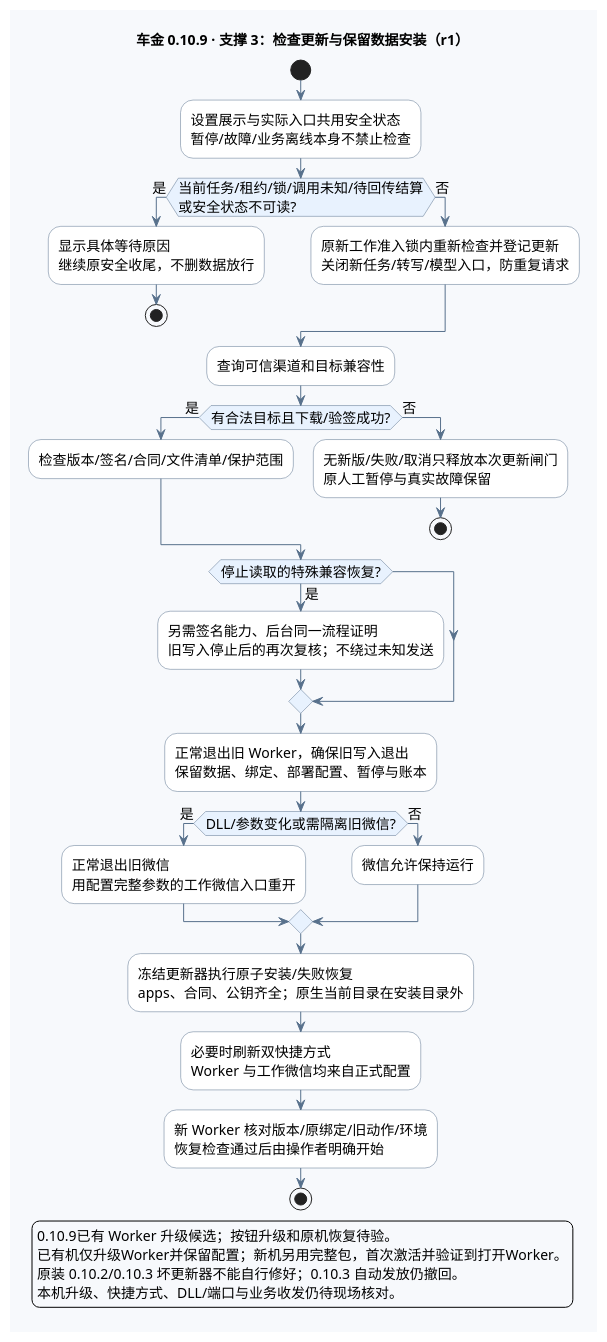
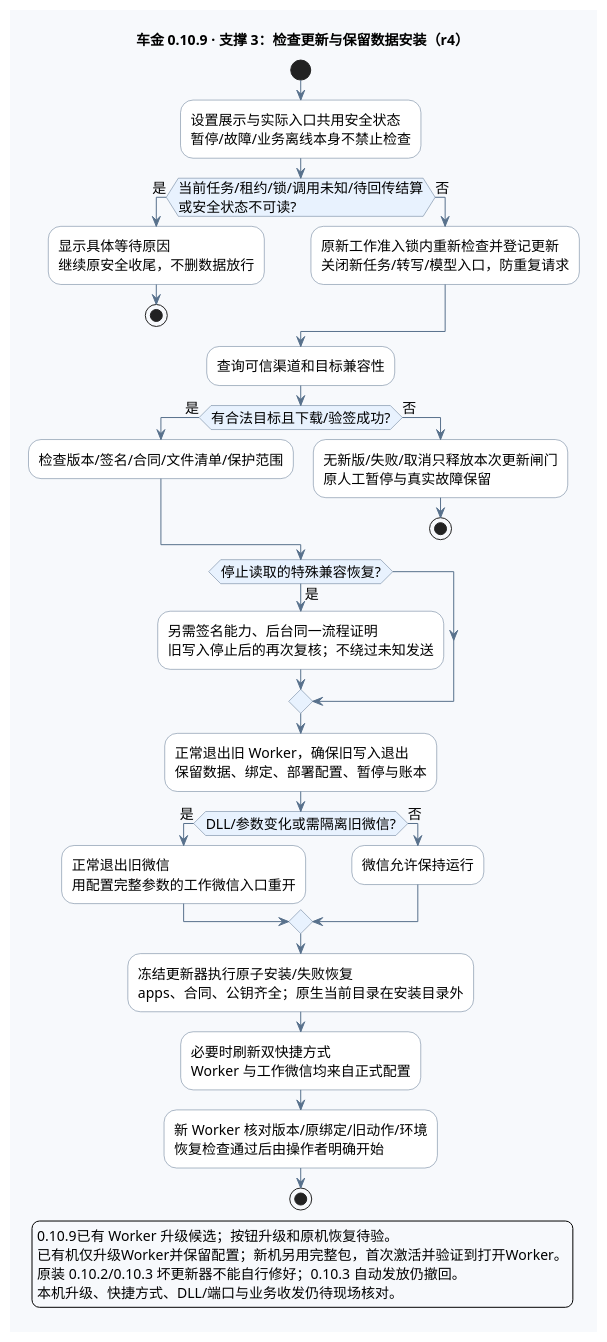
Before and after one commit to edwardzhang0304/chejin-ai-sales: the fourth of 6 diagrams in deliverables/AI智能客服售前跟进系统_全流程图_v0.10.9.puml, drawn with PlantUML. The commit also changed other lines of this file and 13 other files, not shown here.

```diff
--- a/deliverables/AI智能客服售前跟进系统_全流程图_v0.10.9.puml
+++ b/deliverables/AI智能客服售前跟进系统_全流程图_v0.10.9.puml
@@ -290,60 +294,60 @@
 @startuml update
 !pragma layout smetana
 skinparam defaultFontName "PingFang SC"
 skinparam defaultFontSize 14
 skinparam backgroundColor #F7F9FC
 skinparam shadowing false
 skinparam activityBackgroundColor #FFFFFF
 skinparam activityBorderColor #58718C
 skinparam activityDiamondBackgroundColor #E8F2FE
 skinparam activityDiamondBorderColor #58718C
 skinparam ArrowColor #58718C
 skinparam noteBackgroundColor #FFF4D9
 skinparam noteBorderColor #CDA556
-title 车金 0.10.9 · 支撑 3：检查更新与保留数据安装（r1）
+title 车金 0.10.9 · 支撑 3：检查更新与保留数据安装（r4）
 start
 :设置展示与实际入口共用安全状态
 暂停/故障/业务离线本身不禁止检查;
 if (当前任务/租约/锁/调用未知/待回传结算
 或安全状态不可读?) then (是)
   :显示具体等待原因
 继续原安全收尾，不删数据放行;
   stop
 else (否)
   :原新工作准入锁内重新检查并登记更新
 关闭新任务/转写/模型入口，防重复请求;
 endif
 :查询可信渠道和目标兼容性;
 if (有合法目标且下载/验签成功?) then (是)
   :检查版本/签名/合同/文件清单/保护范围;
 else (否)
   :无新版/失败/取消只释放本次更新闸门
 原人工暂停与真实故障保留;
   stop
 endif
 if (停止读取的特殊兼容恢复?) then (是)
   :另需签名能力、后台同一流程证明
 旧写入停止后的再次复核；不绕过未知发送;
 endif
 :正常退出旧 Worker，确保旧写入退出
 保留数据、绑定、部署配置、暂停与账本;
 if (DLL/参数变化或需隔离旧微信?) then (是)
   :正常退出旧微信
 用配置完整参数的工作微信入口重开;
 else (否)
   :微信允许保持运行;
 endif
 :冻结更新器执行原子安装/失败恢复
 apps、合同、公钥齐全；原生当前目录在安装目录外;
 :必要时刷新双快捷方式
 Worker 与工作微信均来自正式配置;
 :新 Worker 核对版本/原绑定/旧动作/环境
 恢复检查通过后由操作者明确开始;
 stop
 legend bottom
 0.10.9已有 Worker 升级候选；按钮升级和原机恢复待验。
 已有机仅升级Worker并保留配置；新机另用完整包，首次激活并验证到打开Worker。
 原装 0.10.2/0.10.3 坏更新器不能自行修好；0.10.3 自动发放仍撤回。
 本机升级、快捷方式、DLL/端口与业务收发仍待现场核对。
 endlegend
 @enduml
```
